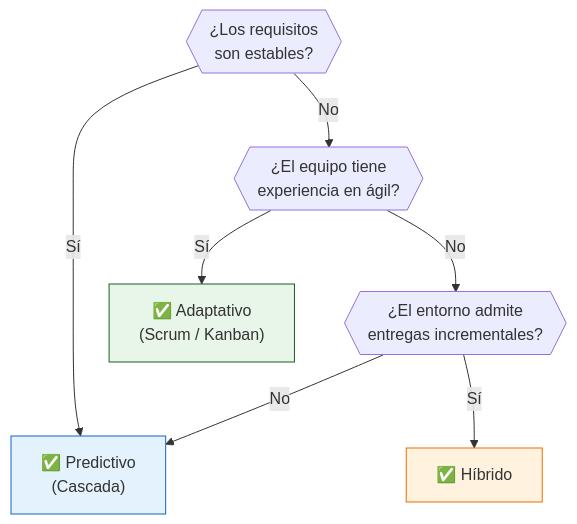
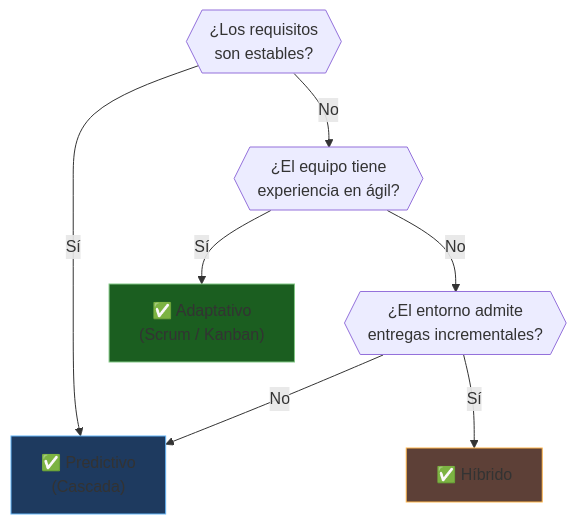
The first of 4 diagrams in docs/01-plan-inicial/ciclo-de-vida.md (TomasGonzalez1204/plan-proyecto-gp-uner), drawn with Mermaid before and after one commit.

````diff
--- a/docs/01-plan-inicial/ciclo-de-vida.md
+++ b/docs/01-plan-inicial/ciclo-de-vida.md
@@ -20,17 +20,17 @@
 ```mermaid
 flowchart TD
     A{{"¿Los requisitos\nson estables?"}}
     B{{"¿El equipo tiene\nexperiencia en ágil?"}}
     C{{"¿El entorno admite\nentregas incrementales?"}}
 
     A -- Sí --> P["✅ Predictivo\n(Cascada)"]
     A -- No --> B
     B -- Sí --> D["✅ Adaptativo\n(Scrum / Kanban)"]
     B -- No --> C
     C -- Sí --> H["✅ Híbrido"]
     C -- No --> P
 
-    style P fill:#E3F2FD,stroke:#1565C0
-    style D fill:#E8F5E9,stroke:#1B5E20
-    style H fill:#FFF3E0,stroke:#EF6C00
+    style P fill:#1E3A5F,stroke:#64B5F6
+    style D fill:#1B5E20,stroke:#81C784
+    style H fill:#5D4037,stroke:#FFB74D
 ```
````
